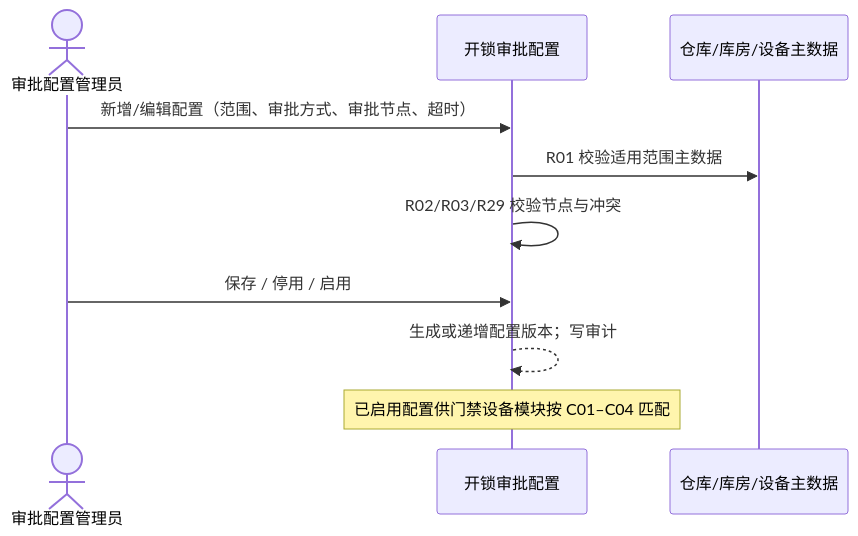
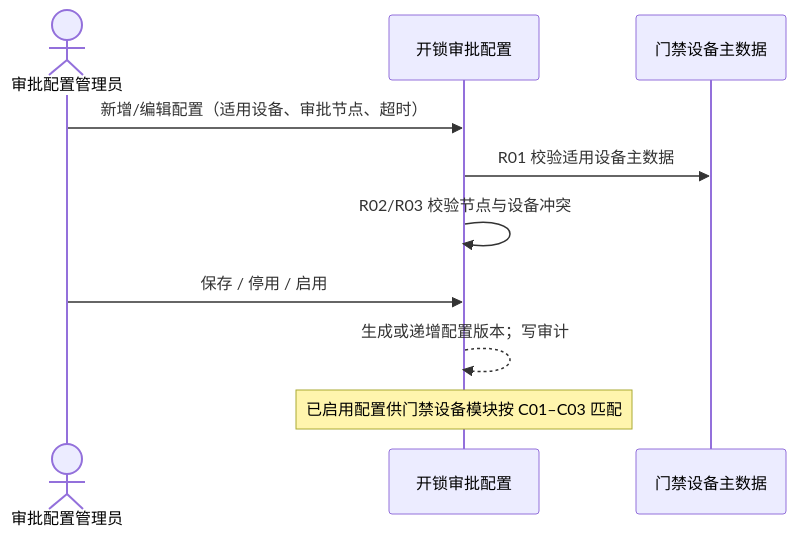
Before and after one commit to RobertHuang999/SYZC: the second of 2 diagrams in 02-PRD文档/B-迭代需求/6.2版本（2026.08）/06-门禁开锁审批/01-审批配置/门禁开锁审批配置业务规则规格.md, drawn with Mermaid. The commit also changed other lines of this file and 129 other files, not shown here.

````diff
--- a/02-PRD文档/B-迭代需求/6.2版本（2026.08）/06-门禁开锁审批/01-审批配置/门禁开锁审批配置业务规则规格.md
+++ b/02-PRD文档/B-迭代需求/6.2版本（2026.08）/06-门禁开锁审批/01-审批配置/门禁开锁审批配置业务规则规格.md
@@ -281,13 +280,13 @@
 ```mermaid
 sequenceDiagram
     actor C as 审批配置管理员
     participant P as 开锁审批配置
-    participant L as 仓库/库房/设备主数据
+    participant D as 门禁设备主数据
 
-    C->>P: 新增/编辑配置（范围、审批方式、审批节点、超时）
-    P->>L: R01 校验适用范围主数据
-    P->>P: R02/R03/R29 校验节点与冲突
+    C->>P: 新增/编辑配置（适用设备、审批节点、超时）
+    P->>D: R01 校验适用设备主数据
+    P->>P: R02/R03 校验节点与设备冲突
     C->>P: 保存 / 停用 / 启用
     P-->>P: 生成或递增配置版本；写审计
-    Note over P: 已启用配置供门禁设备模块按 C01–C04 匹配
+    Note over P: 已启用配置供门禁设备模块按 C01–C03 匹配
 ```
````
